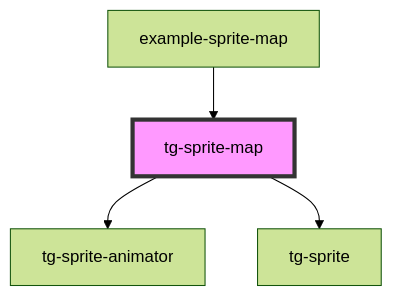
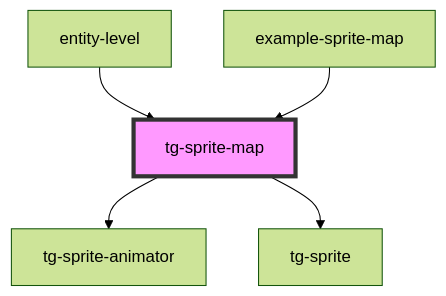
The diagram in src/components/engine/tg-sprite-map/readme.md (Scan0815/tg-engine), drawn with Mermaid (forest theme) before and after one commit. The commit also changed other lines of this file and 49 other files, not shown here.

````diff
--- a/src/components/engine/tg-sprite-map/readme.md
+++ b/src/components/engine/tg-sprite-map/readme.md
@@ -35,7 +36,8 @@
 ```mermaid
 graph TD;
   tg-sprite-map --> tg-sprite-animator
   tg-sprite-map --> tg-sprite
+  entity-level --> tg-sprite-map
   example-sprite-map --> tg-sprite-map
   style tg-sprite-map fill:#f9f,stroke:#333,stroke-width:4px
 ```
````
